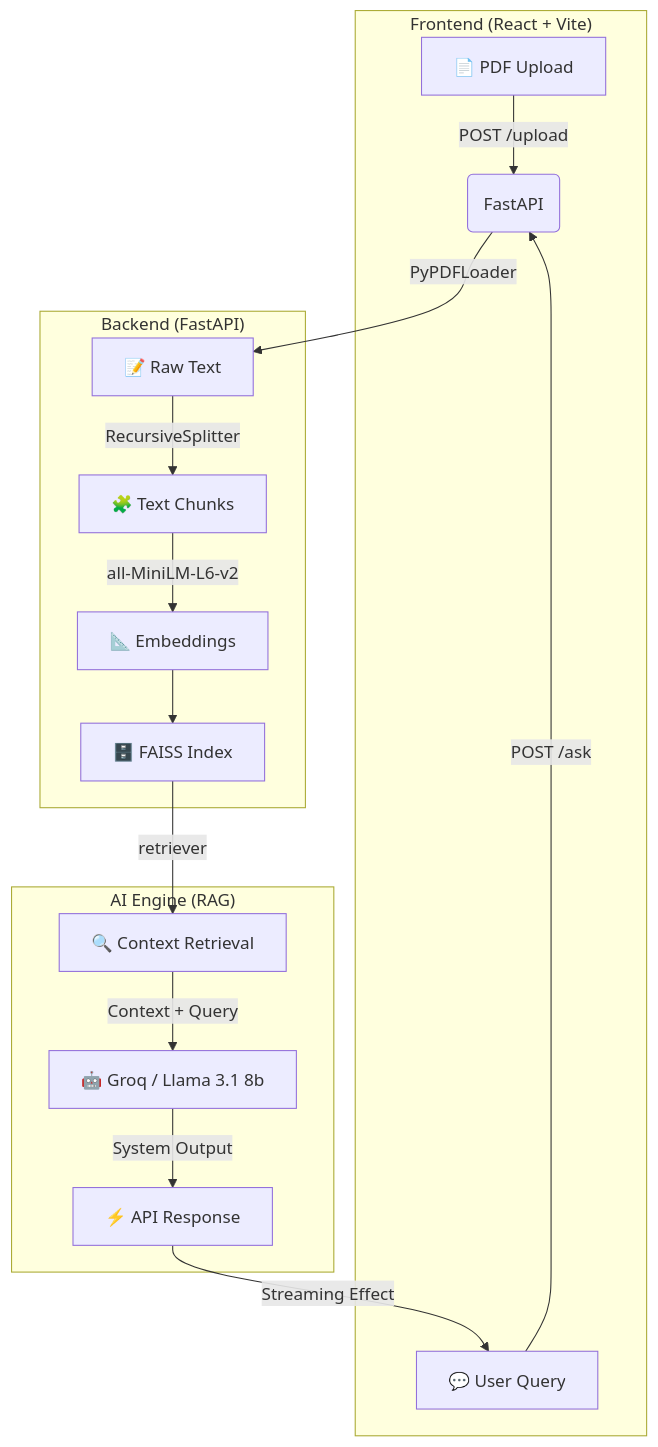
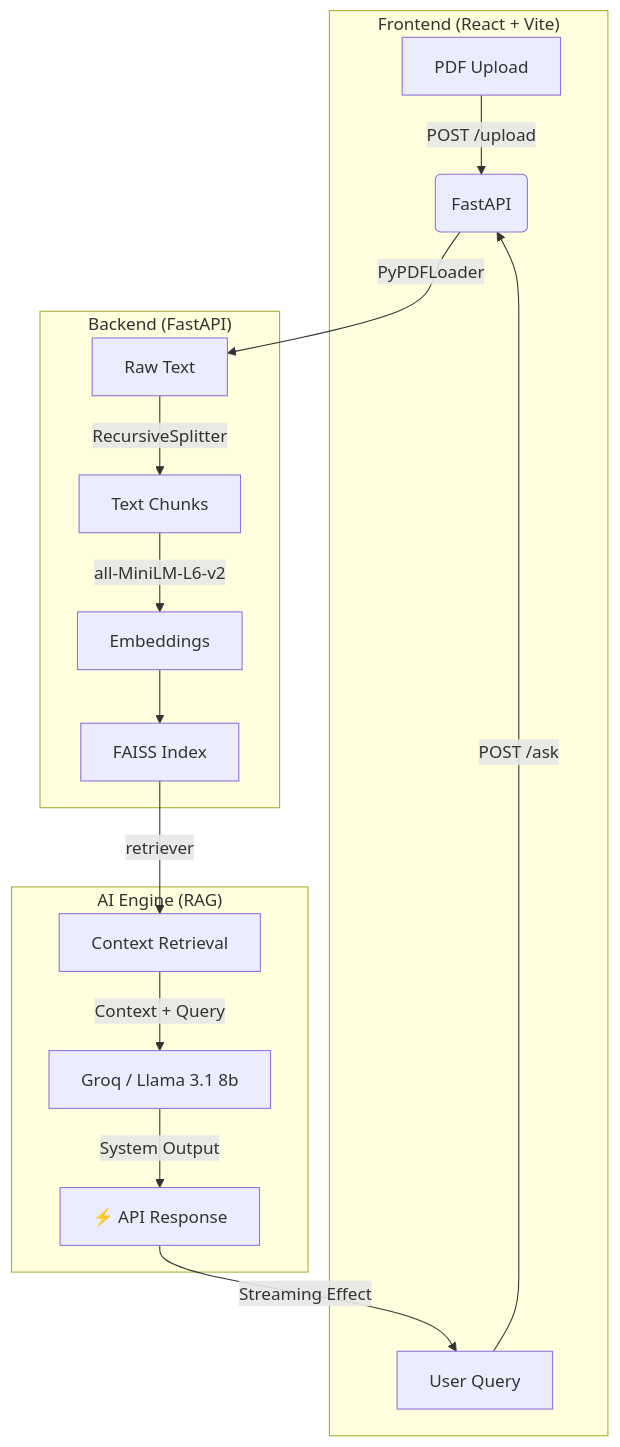
One commit to BOXER78/AskMyDocs changed the diagram in README.md. Above: the diagram before and after it, drawn with Mermaid. The commit also changed other lines of this file, not shown here.

Commit message:
Fix formatting issues in README.md

````diff
--- a/README.md
+++ b/README.md
@@ -49,22 +49,22 @@
 ```mermaid
 graph TD
     subgraph "Frontend (React + Vite)"
-        A[📄 PDF Upload] -->|POST /upload| B(FastAPI)
-        C[💬 User Query] -->|POST /ask| B
+        A[ PDF Upload] -->|POST /upload| B(FastAPI)
+        C[ User Query] -->|POST /ask| B
     end
 
     subgraph "Backend (FastAPI)"
-        B -->|PyPDFLoader| D[📝 Raw Text]
-        D -->|RecursiveSplitter| E[🧩 Text Chunks]
-        E -->|all-MiniLM-L6-v2| F[📐 Embeddings]
-        F --> G[🗄️ FAISS Index]
+        B -->|PyPDFLoader| D[ Raw Text]
+        D -->|RecursiveSplitter| E[ Text Chunks]
+        E -->|all-MiniLM-L6-v2| F[ Embeddings]
+        F --> G[ FAISS Index]
     end
 
     subgraph "AI Engine (RAG)"
-        G -->|retriever| H[🔍 Context Retrieval]
-        H -->|Context + Query| I[🤖 Groq / Llama 3.1 8b]
+        G -->|retriever| H[ Context Retrieval]
+        H -->|Context + Query| I[ Groq / Llama 3.1 8b]
         I -->|System Output| J[⚡ API Response]
     end
 
     J -->|Streaming Effect| C
 ```
````
